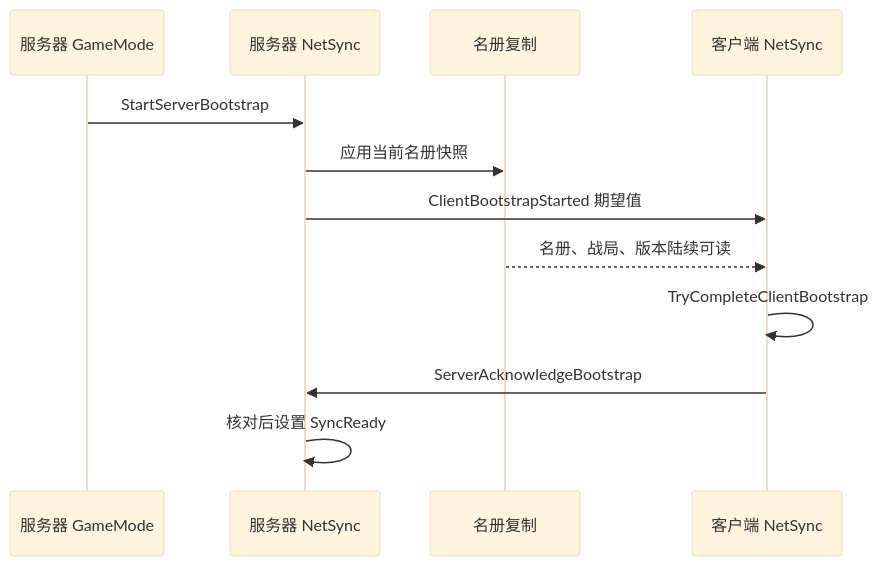
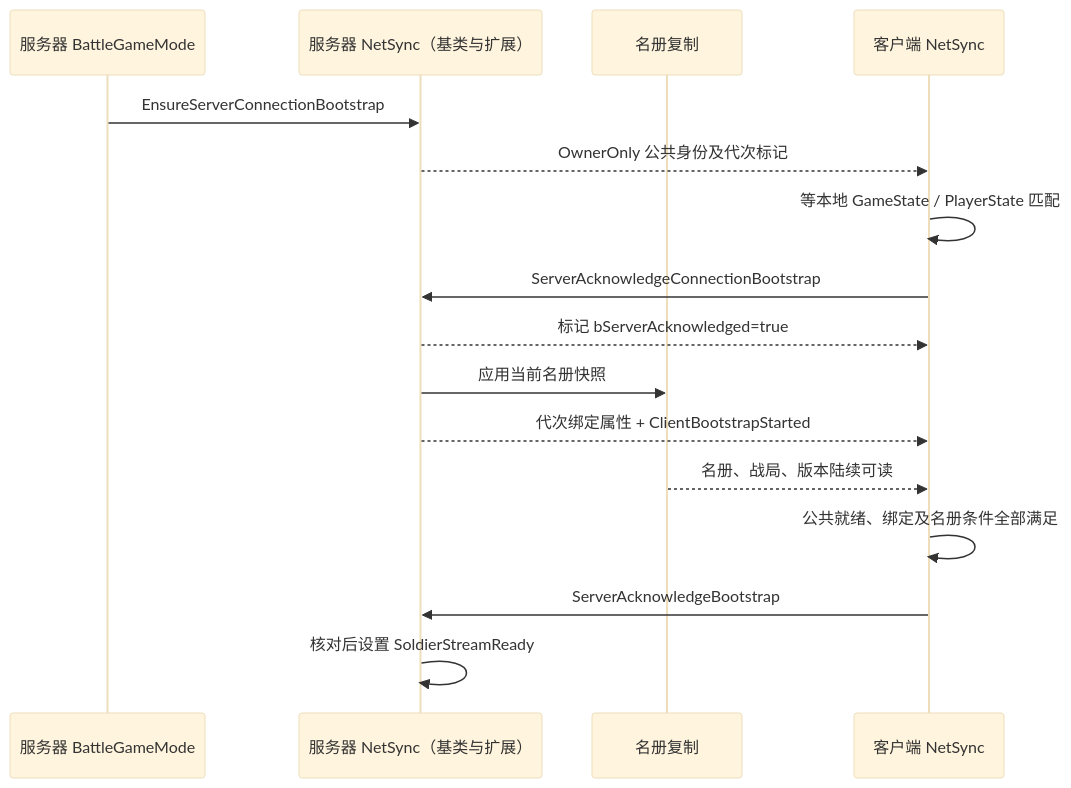
Before and after one commit to QHXRPG-A/GuLiStrike: the diagram in Progress/DevelopmentDocumentation/UE网络教材/05-登录分配与初始同步.md, drawn with Mermaid (base theme). The commit also changed other lines of this file and 82 other files, not shown here.

````diff
--- a/Progress/DevelopmentDocumentation/UE网络教材/05-登录分配与初始同步.md
+++ b/Progress/DevelopmentDocumentation/UE网络教材/05-登录分配与初始同步.md
@@ -17,14 +17,18 @@
 ```mermaid
 sequenceDiagram
-  participant G as 服务器 GameMode
-  participant N as 服务器 NetSync
+  participant G as 服务器 BattleGameMode
+  participant N as 服务器 NetSync（基类与扩展）
   participant R as 名册复制
   participant C as 客户端 NetSync
-  G->>N: StartServerBootstrap
+  G->>N: EnsureServerConnectionBootstrap
+  N-->>C: OwnerOnly 公共身份及代次标记
+  C->>C: 等本地 GameState / PlayerState 匹配
+  C->>N: ServerAcknowledgeConnectionBootstrap
+  N-->>C: 标记 bServerAcknowledged=true
   N->>R: 应用当前名册快照
-  N->>C: ClientBootstrapStarted 期望值
+  N-->>C: 代次绑定属性 + ClientBootstrapStarted
   R-->>C: 名册、战局、版本陆续可读
-  C->>C: TryCompleteClientBootstrap
+  C->>C: 公共就绪、绑定及名册条件全部满足
   C->>N: ServerAcknowledgeBootstrap
-  N->>N: 核对后设置 SyncReady
+  N->>N: 核对后设置 SoldierStreamReady
 ```
````
